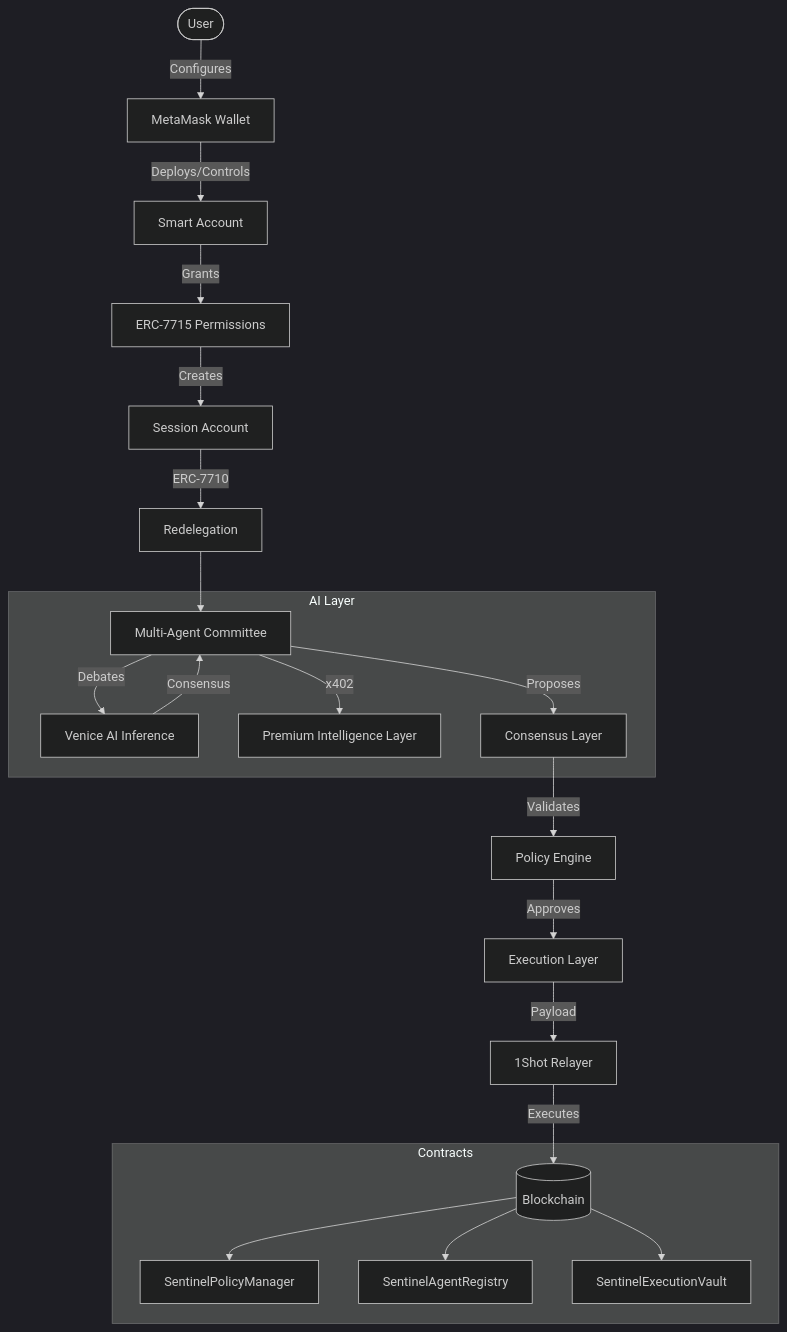
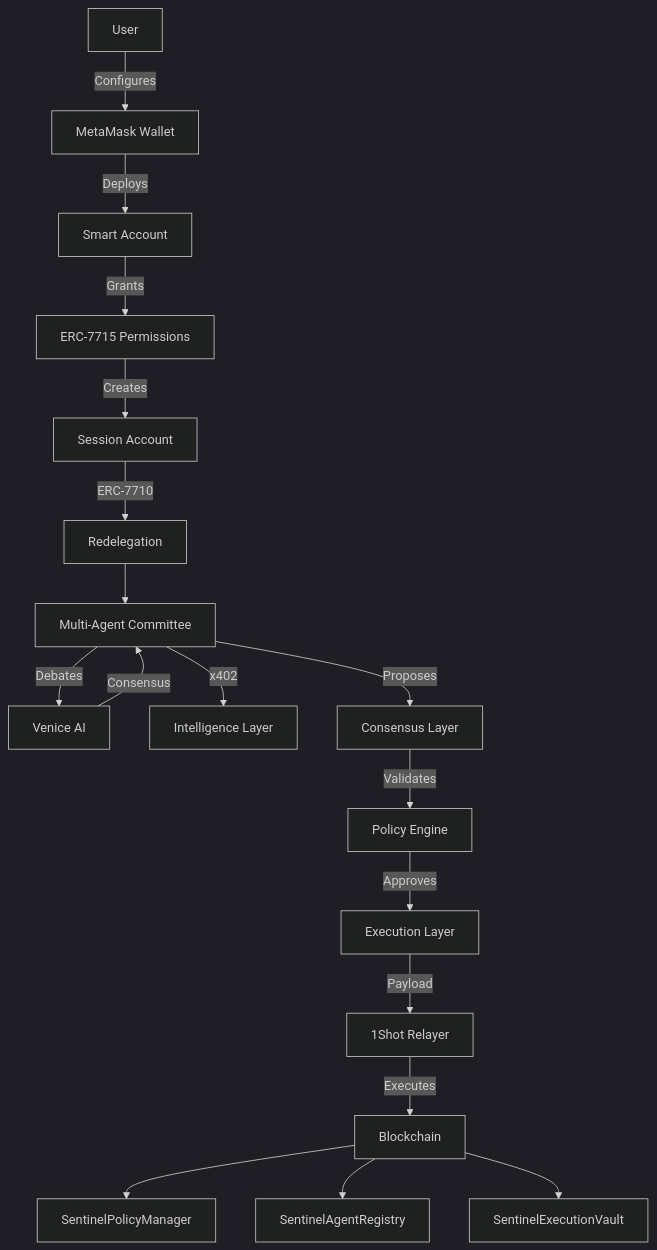
Before and after one commit to rohan911438/Sentinel-AI: the first of 2 diagrams in README.md, drawn with Mermaid (dark theme). The commit also changed other lines of this file, not shown here.

Commit message:
Fix mermaid diagrams parsing errors

````diff
--- a/README.md
+++ b/README.md
@@ -96,28 +96,23 @@
 ```mermaid
 graph TD
-    User([User]) -->|Configures| Wallet[MetaMask Wallet]
-    Wallet -->|Deploys/Controls| SA[Smart Account]
+    User[User] -->|Configures| Wallet[MetaMask Wallet]
+    Wallet -->|Deploys| SA[Smart Account]
     SA -->|Grants| Perms[ERC-7715 Permissions]
     Perms -->|Creates| Sess[Session Account]
     Sess -->|ERC-7710| Redel[Redelegation]
     
-    subgraph AI_Layer [AI Layer]
-        MAC[Multi-Agent Committee]
-        MAC -->|Debates| Venice[Venice AI Inference]
-        Venice -->|Consensus| MAC
-        MAC -->|x402| Prem[Premium Intelligence Layer]
-        MAC -->|Proposes| Cons[Consensus Layer]
-    end
+    Redel --> MAC[Multi-Agent Committee]
+    MAC -->|Debates| Venice[Venice AI]
+    Venice -->|Consensus| MAC
+    MAC -->|x402| Prem[Intelligence Layer]
+    MAC -->|Proposes| Cons[Consensus Layer]
     
-    Redel --> MAC
     Cons -->|Validates| PE[Policy Engine]
     PE -->|Approves| Exec[Execution Layer]
     Exec -->|Payload| Relayer[1Shot Relayer]
-    Relayer -->|Executes| Chain[(Blockchain)]
+    Relayer -->|Executes| Chain[Blockchain]
     
-    subgraph Contracts_Layer [Contracts]
-        Chain --> SPM[SentinelPolicyManager]
-        Chain --> SAR[SentinelAgentRegistry]
-        Chain --> SEV[SentinelExecutionVault]
-    end
+    Chain --> SPM[SentinelPolicyManager]
+    Chain --> SAR[SentinelAgentRegistry]
+    Chain --> SEV[SentinelExecutionVault]
 ```
````
